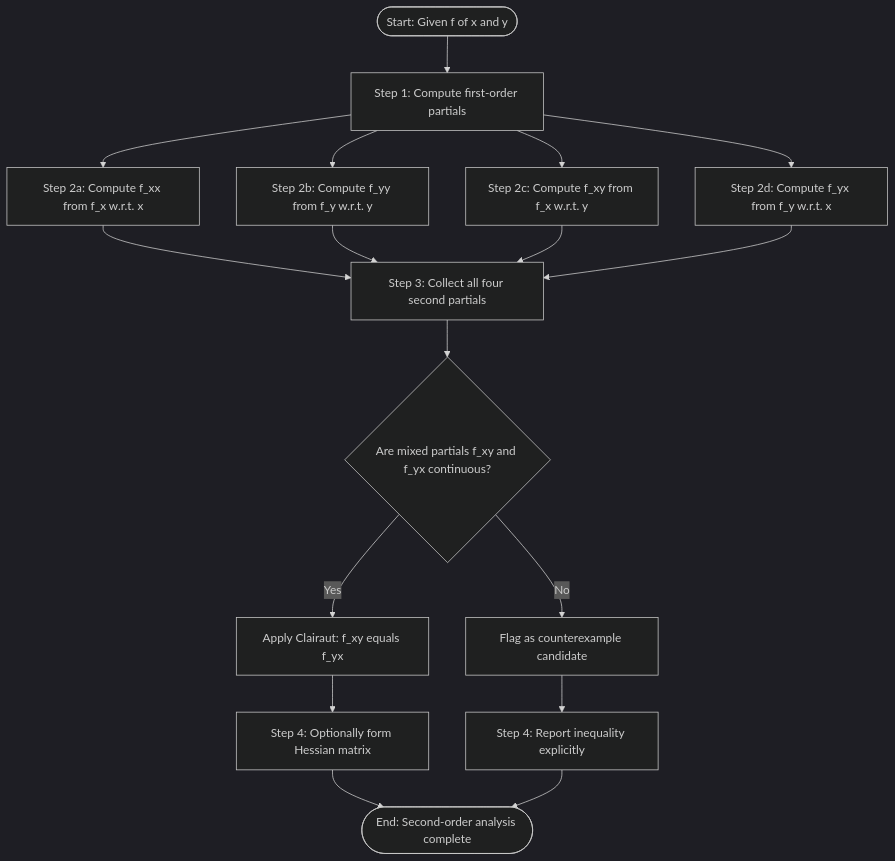
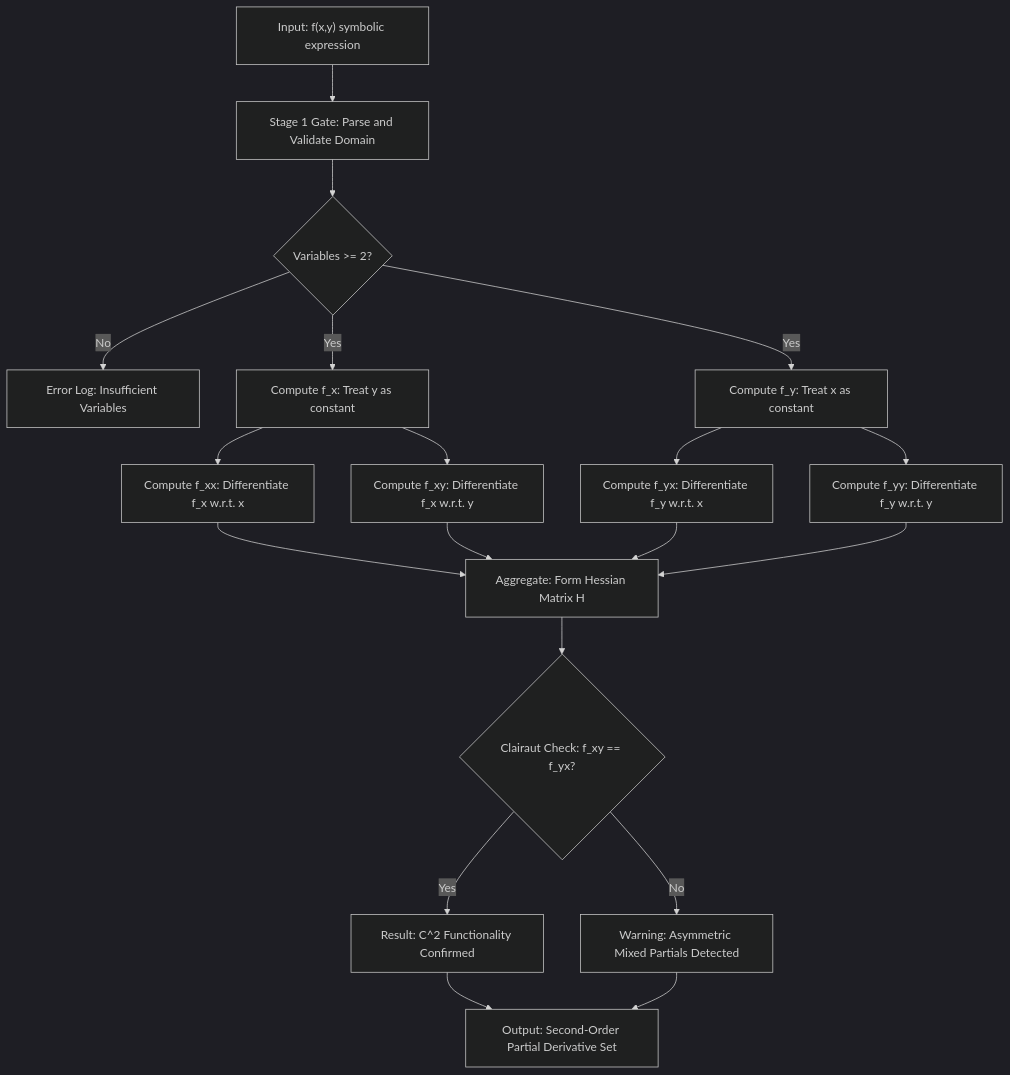
The first of 3 diagrams in public/notes/computer-science-and-engineering/semester-1/gamat101-mathematics-for-information-science-1/02-module-2-functions-of-several-variables-domains-and-ranges/second-order-partial-derivatives/notes.md (vishnuu-kr/ktunode), drawn with Mermaid (dark theme) before and after one commit. The commit also changed other lines of this file and 4829 other files, not shown here.

````diff
--- a/public/notes/computer-science-and-engineering/semester-1/gamat101-mathematics-for-information-science-1/02-module-2-functions-of-several-variables-domains-and-ranges/second-order-partial-derivatives/notes.md
+++ b/public/notes/computer-science-and-engineering/semester-1/gamat101-mathematics-for-information-science-1/02-module-2-functions-of-several-variables-domains-and-ranges/second-order-partial-derivatives/notes.md
@@ -436,19 +426,21 @@
 ```mermaid
 flowchart TD
-    startA([Start: Given f of x and y]) --> stepB[Step 1: Compute first-order partials]
-    stepB --> stepC[Step 2a: Compute f_xx from f_x w.r.t. x]
-    stepB --> stepD[Step 2b: Compute f_yy from f_y w.r.t. y]
-    stepB --> stepE[Step 2c: Compute f_xy from f_x w.r.t. y]
-    stepB --> stepF[Step 2d: Compute f_yx from f_y w.r.t. x]
-    stepC --> stepG[Step 3: Collect all four second partials]
-    stepD --> stepG
-    stepE --> stepG
-    stepF --> stepG
-    stepG --> stepH{Are mixed partials f_xy and f_yx continuous?}
-    stepH -- Yes --> stepI[Apply Clairaut: f_xy equals f_yx]
-    stepH -- No --> stepJ[Flag as counterexample candidate]
-    stepI --> stepK[Step 4: Optionally form Hessian matrix]
-    stepJ --> stepL[Step 4: Report inequality explicitly]
-    stepK --> stepM([End: Second-order analysis complete])
-    stepL --> stepM
+    A["Input: f(x,y) symbolic expression"] --> B["Stage 1 Gate: Parse and Validate Domain"]
+    B --> C{"Variables >= 2?"}
+    C -- "No" --> Z["Error Log: Insufficient Variables"]
+    C -- "Yes" --> D["Compute f_x: Treat y as constant"]
+    C -- "Yes" --> E["Compute f_y: Treat x as constant"]
+    D --> F["Compute f_xx: Differentiate f_x w.r.t. x"]
+    D --> G["Compute f_xy: Differentiate f_x w.r.t. y"]
+    E --> H["Compute f_yx: Differentiate f_y w.r.t. x"]
+    E --> I["Compute f_yy: Differentiate f_y w.r.t. y"]
+    F --> J["Aggregate: Form Hessian Matrix H"]
+    G --> J
+    H --> J
+    I --> J
+    J --> K{"Clairaut Check: f_xy == f_yx?"}
+    K -- "Yes" --> L["Result: C^2 Functionality Confirmed"]
+    K -- "No" --> M["Warning: Asymmetric Mixed Partials Detected"]
+    L --> N["Output: Second-Order Partial Derivative Set"]
+    M --> N
 ```
````
